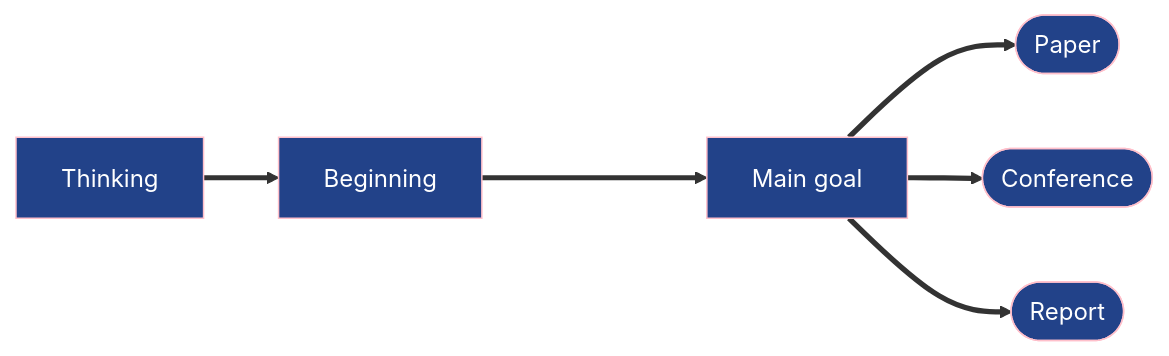
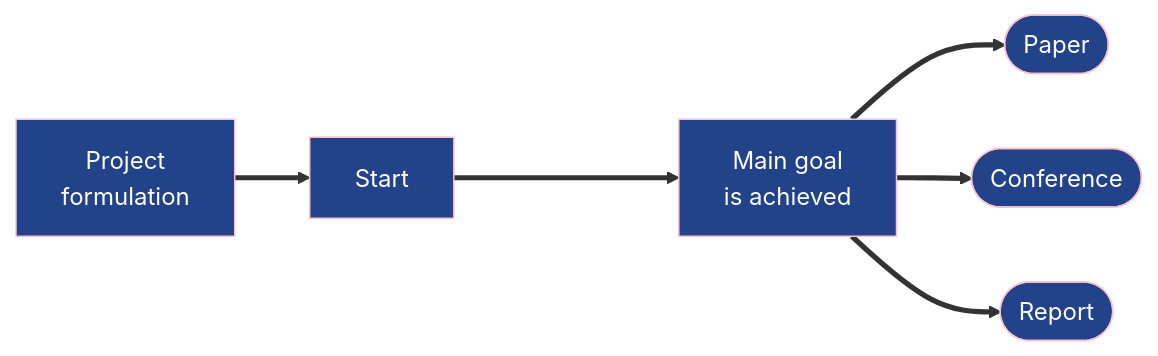
Before and after one commit to vhgauto/seminario2-gulich: the first of 3 diagrams in index.qmd, drawn with Mermaid. The commit also changed other lines of this file and 1 other file, not shown here.

Commit message:
tamaño de icono sass, cambio mermaid de proyecto, cambios menores

````diff
--- a/index.qmd
+++ b/index.qmd
@@ -292,20 +292,20 @@
 ```{mermaid mermaid-proyecto-investigación}
 
 %%{
   init: {
     'themeVariables': {
       'edgeLabelBackground': '#224289'
     }
   }
 }%%
 
 flowchart LR
-    a1[Thinking] ==> a2[Beginning]
-    a2 ====> |<span class="eos-icons--rotating-gear"></span>| a3[Main goal]
+    a1[Project<br>formulation] ==> a2[Start]
+    a2 ====> |<span class="eos-icons--rotating-gear"></span>| a3[Main goal<br>is achieved]
 
     a3 ==> a4([Paper])
     a3 ==> a5([Conference])
     a3 ==> a6([Report])
 
 classDef default stroke:#FFC0CB,color:#FFFFFF,fill:#224289;
 ```
````
